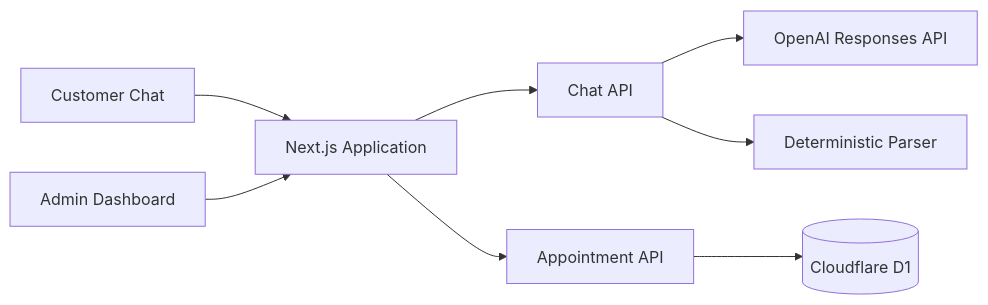
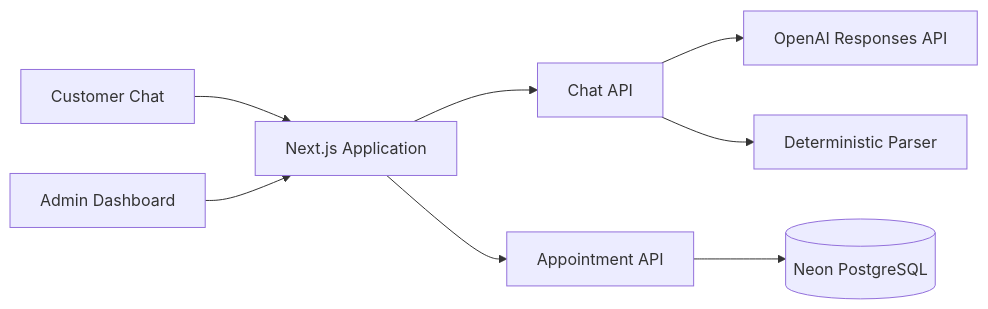
One commit to Gestok01/slotly-ai-appointment-assistant changed the diagram in README.md. Above: the diagram before and after it, drawn with Mermaid. The commit also changed other lines of this file, not shown here.

````diff
--- a/README.md
+++ b/README.md
@@ -41,10 +41,10 @@
 ```mermaid
 flowchart LR
     Customer[Customer Chat] --> Web[Next.js Application]
     Admin[Admin Dashboard] --> Web
     Web --> ChatAPI[Chat API]
     Web --> BookingAPI[Appointment API]
     ChatAPI --> OpenAI[OpenAI Responses API]
     ChatAPI --> Fallback[Deterministic Parser]
-    BookingAPI --> D1[(Cloudflare D1)]
+    BookingAPI --> D1[(Neon PostgreSQL)]
 ```
````
